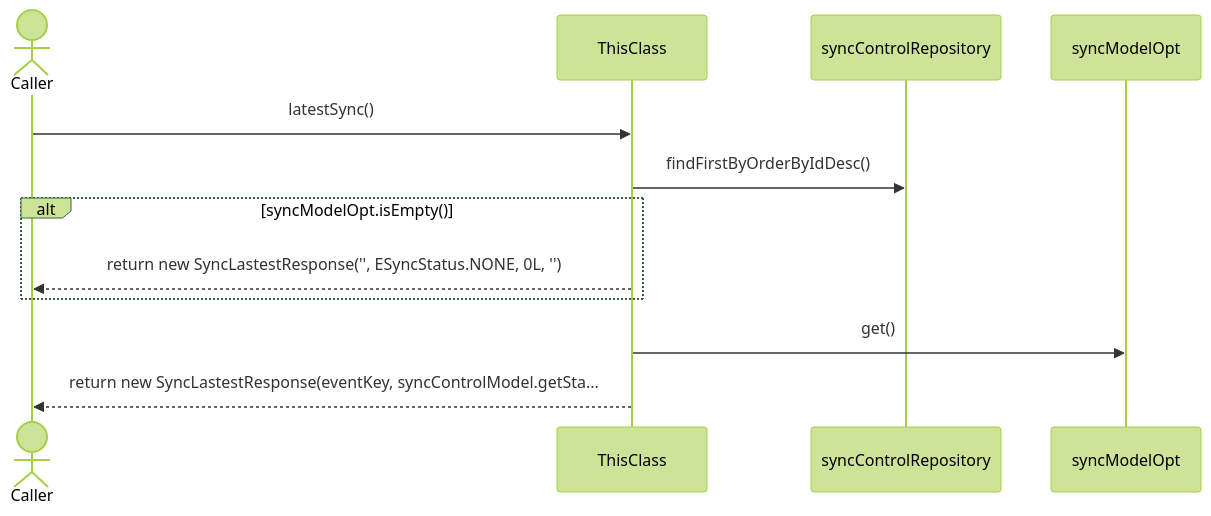
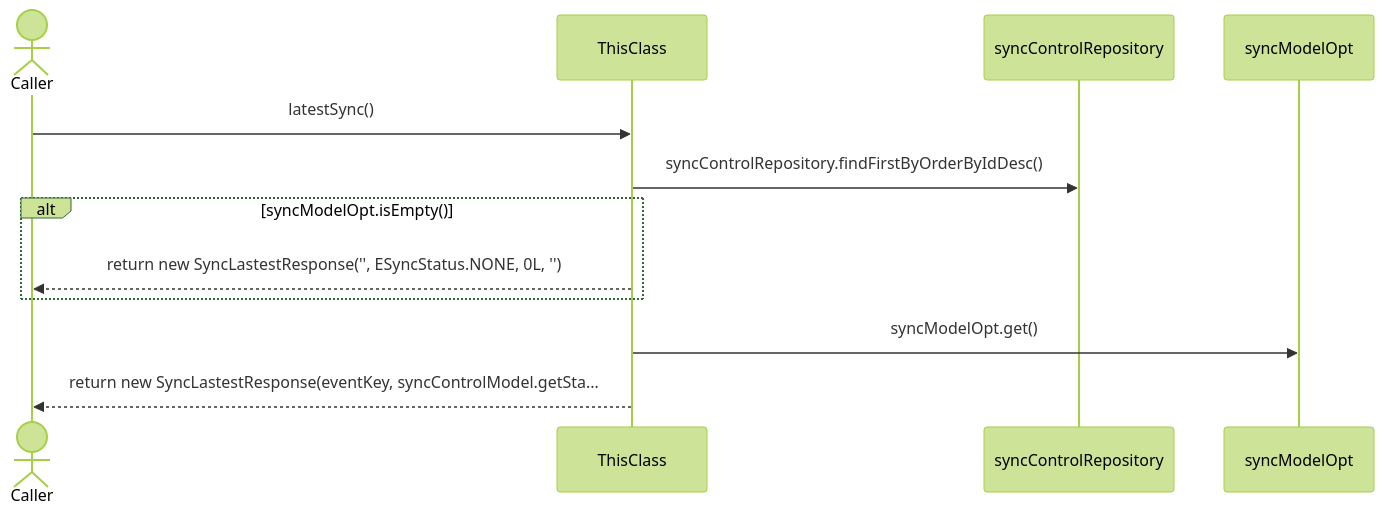
One commit to FelipeMCassiano/geanky changed the fourth of 16 diagrams in docs/CloudSyncUploadService.md. Above: the diagram before and after it, drawn with Mermaid (forest theme). The commit also changed other lines of this file and 6 other files, not shown here.

````diff
--- a/docs/CloudSyncUploadService.md
+++ b/docs/CloudSyncUploadService.md
@@ -318,16 +318,16 @@
 ```mermaid
 sequenceDiagram
     actor Caller
     participant ThisClass
     participant syncControlRepository
     participant syncModelOpt
 
     Caller->>ThisClass: latestSync()
-    ThisClass->>syncControlRepository: findFirstByOrderByIdDesc()
+    ThisClass->>syncControlRepository: syncControlRepository.findFirstByOrderByIdDesc()
     alt syncModelOpt.isEmpty()
     ThisClass-->>Caller: return new SyncLastestResponse('', ESyncStatus.NONE, 0L, '')
     end
-    ThisClass->>syncModelOpt: get()
+    ThisClass->>syncModelOpt: syncModelOpt.get()
     ThisClass-->>Caller: return new SyncLastestResponse(eventKey, syncControlModel.getSta...
 
 ```
````
